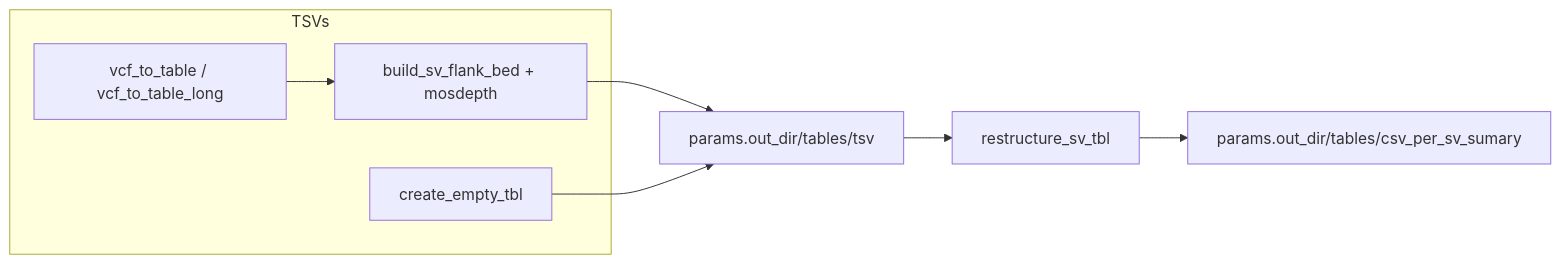
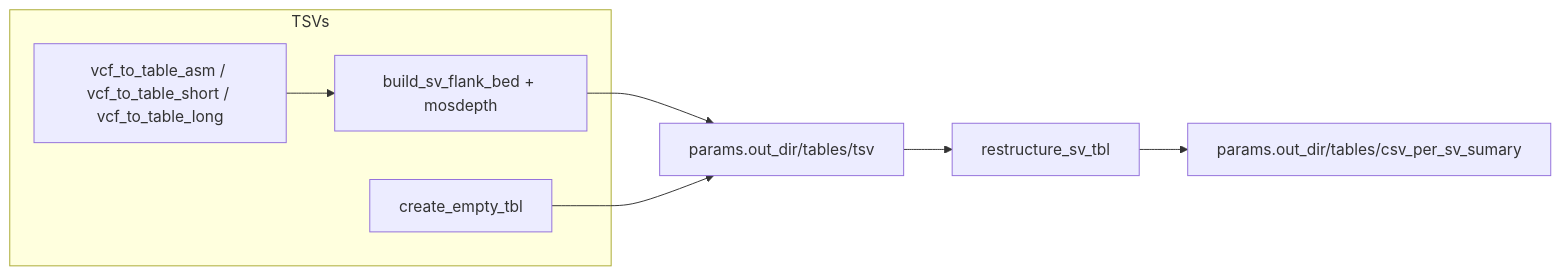
Before and after one commit to denisHanch/efsa_pipeline: the diagram in docs/outputs/sv-tables.md, drawn with Mermaid. The commit also changed other lines of this file and 9 other files, not shown here.

````diff
--- a/docs/outputs/sv-tables.md
+++ b/docs/outputs/sv-tables.md
@@ -5,13 +5,13 @@
 ```mermaid
 flowchart LR
   subgraph TSVs
-    A[vcf_to_table / vcf_to_table_long]
+    A[vcf_to_table_asm / vcf_to_table_short / vcf_to_table_long]
     M[build_sv_flank_bed + mosdepth]
     B[create_empty_tbl]
   end
   A --> M
   M --> C[params.out_dir/tables/tsv]
   B --> C
   C --> D[restructure_sv_tbl]
   D --> E[params.out_dir/tables/csv_per_sv_sumary]
 ```
````
